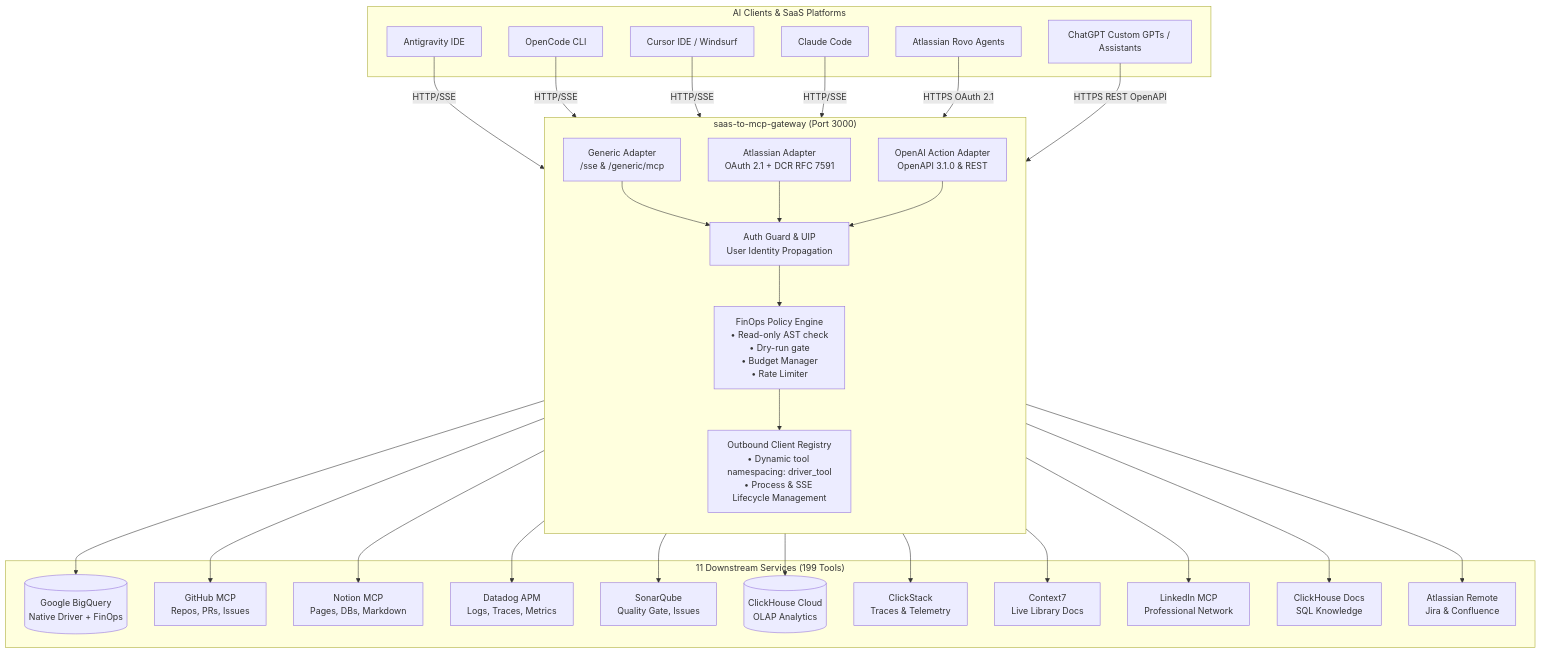
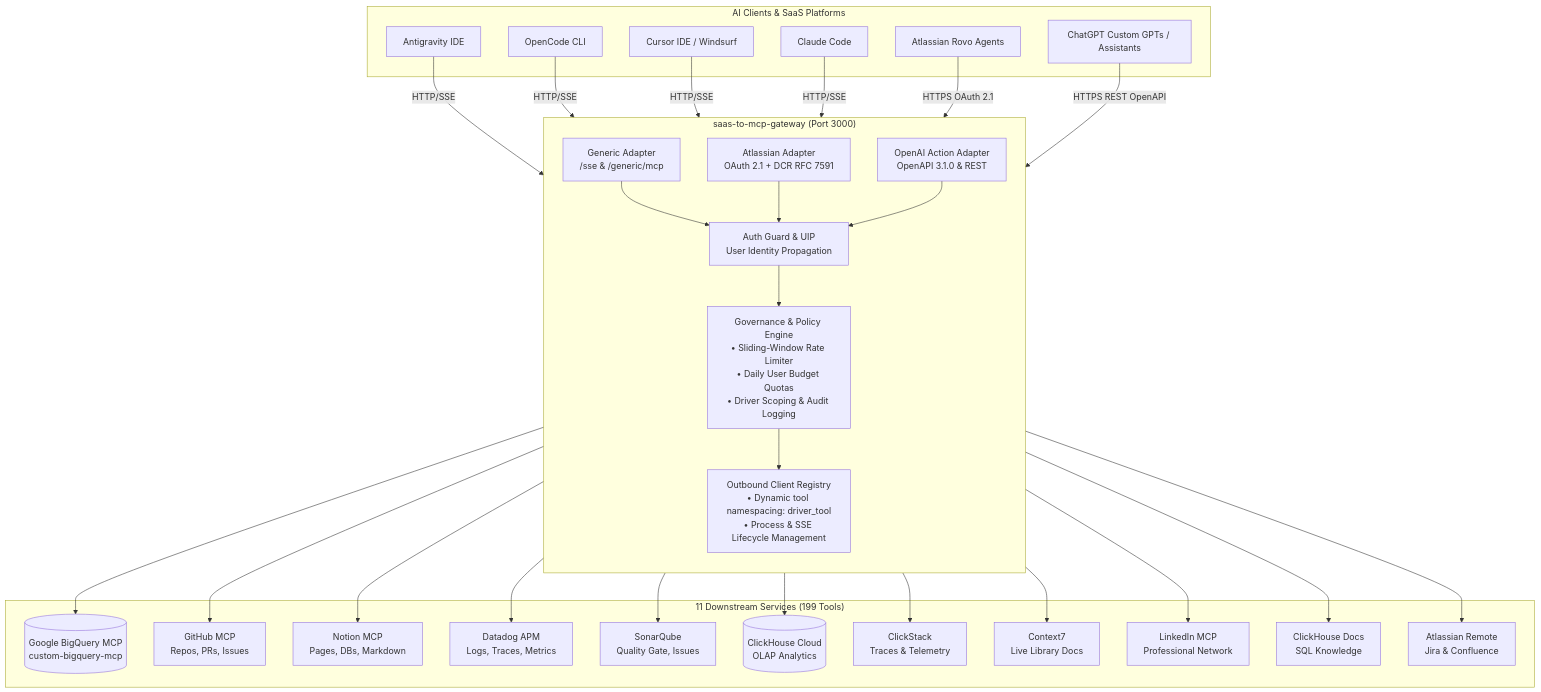
Before and after one commit to qybbs/saas-to-mcp-gateway: the diagram in README.md, drawn with Mermaid. The commit also changed other lines of this file and 8 other files, not shown here.

Commit message:
feat: add configurable driver timeouts and update documentation for roadmap and rate limiting

````diff
--- a/README.md
+++ b/README.md
@@ -83,61 +85,61 @@
 ```mermaid
 graph TD
     subgraph Clients ["AI Clients & SaaS Platforms"]
         AG[Antigravity IDE]
         OC[OpenCode CLI]
         CR[Cursor IDE / Windsurf]
         CC[Claude Code]
         ROVO[Atlassian Rovo Agents]
         GPT[ChatGPT Custom GPTs / Assistants]
     end
 
     subgraph Gateway ["saas-to-mcp-gateway (Port 3000)"]
         direction TB
         IN_GEN[Generic Adapter<br/>/sse & /generic/mcp]
         IN_ATL[Atlassian Adapter<br/>OAuth 2.1 + DCR RFC 7591]
         IN_OAI[OpenAI Action Adapter<br/>OpenAPI 3.1.0 & REST]
         
         AUTH[Auth Guard & UIP<br/>User Identity Propagation]
-        FINOPS[FinOps Policy Engine<br/>• Read-only AST check<br/>• Dry-run gate<br/>• Budget Manager<br/>• Rate Limiter]
+        GOV[Governance & Policy Engine<br/>• Sliding-Window Rate Limiter<br/>• Daily User Budget Quotas<br/>• Driver Scoping & Audit Logging]
         REGISTRY[Outbound Client Registry<br/>• Dynamic tool namespacing: driver_tool<br/>• Process & SSE Lifecycle Management]
     end
 
     subgraph Ecosystem ["11 Downstream Services (199 Tools)"]
-        BQ[(Google BigQuery<br/>Native Driver + FinOps)]
+        BQ[(Google BigQuery MCP<br/>custom-bigquery-mcp)]
         GH[GitHub MCP<br/>Repos, PRs, Issues]
         NOTION[Notion MCP<br/>Pages, DBs, Markdown]
         DD[Datadog APM<br/>Logs, Traces, Metrics]
         SQ[SonarQube<br/>Quality Gate, Issues]
         CH[(ClickHouse Cloud<br/>OLAP Analytics)]
         CS[ClickStack<br/>Traces & Telemetry]
         CTX[Context7<br/>Live Library Docs]
         LI[LinkedIn MCP<br/>Professional Network]
         CHD[ClickHouse Docs<br/>SQL Knowledge]
         ATL_REM[Atlassian Remote<br/>Jira & Confluence]
     end
 
     AG -->|HTTP/SSE| IN_GEN
     OC -->|HTTP/SSE| IN_GEN
     CR -->|HTTP/SSE| IN_GEN
     CC -->|HTTP/SSE| IN_GEN
     ROVO -->|HTTPS OAuth 2.1| IN_ATL
     GPT -->|HTTPS REST OpenAPI| IN_OAI
 
     IN_GEN --> AUTH
     IN_ATL --> AUTH
     IN_OAI --> AUTH
-    AUTH --> FINOPS
-    FINOPS --> REGISTRY
+    AUTH --> GOV
+    GOV --> REGISTRY
 
     REGISTRY --> BQ
     REGISTRY --> GH
     REGISTRY --> NOTION
     REGISTRY --> DD
     REGISTRY --> SQ
     REGISTRY --> CH
     REGISTRY --> CS
     REGISTRY --> CTX
     REGISTRY --> LI
     REGISTRY --> CHD
     REGISTRY --> ATL_REM
 ```
````
